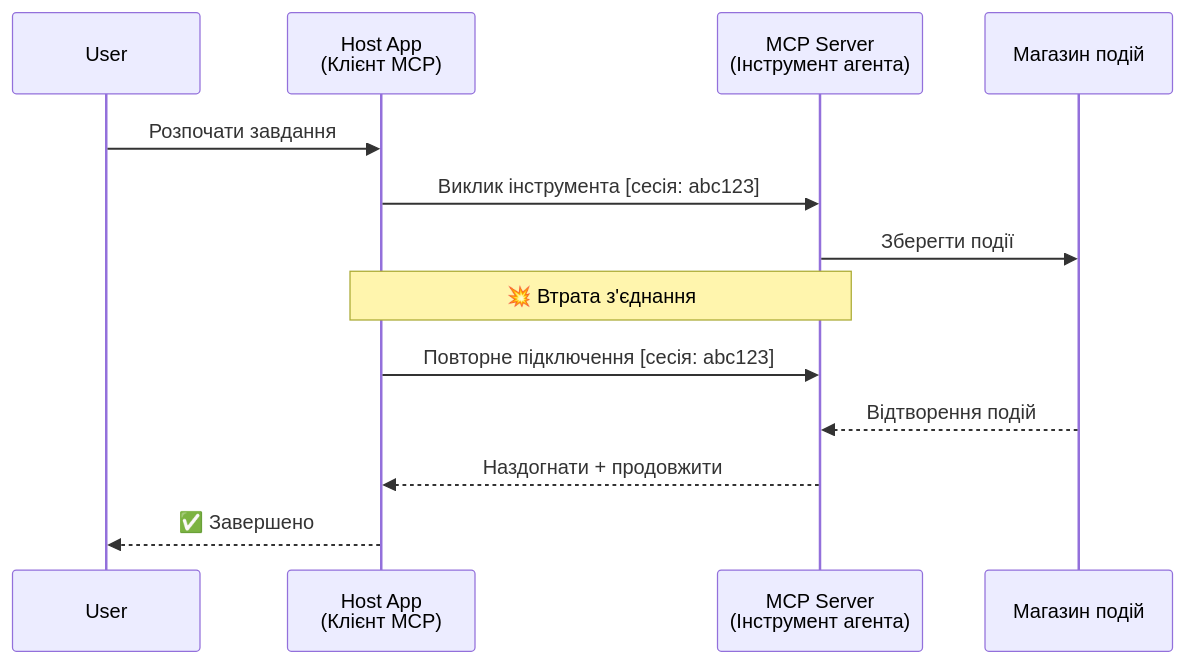
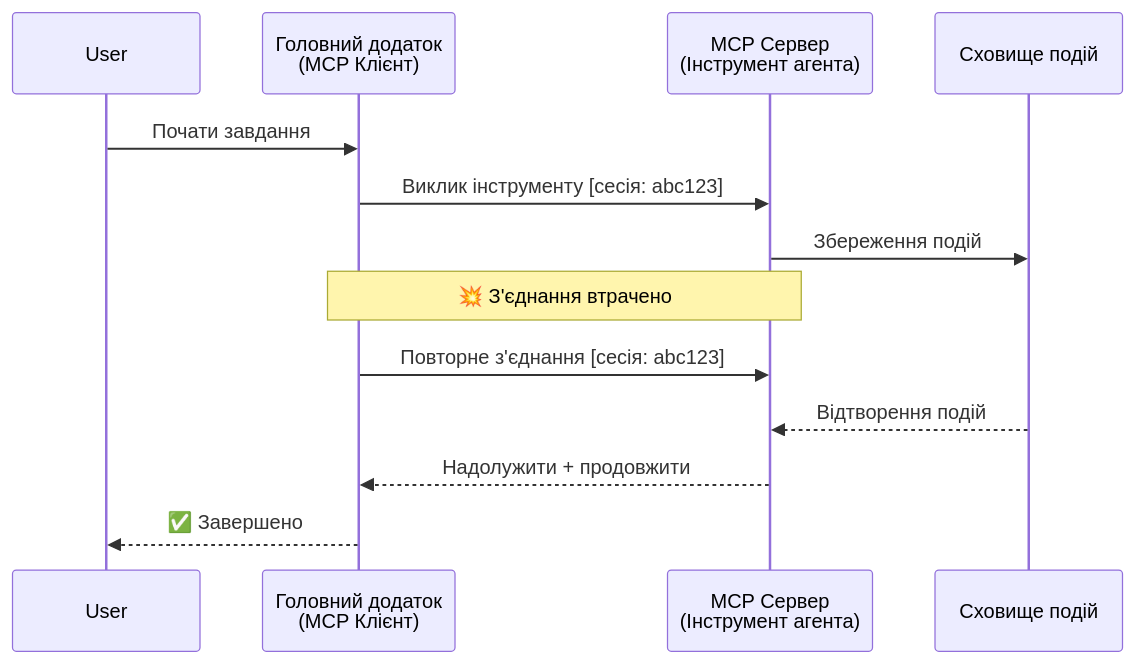
Before and after one commit to gabrielmoreira/agent-skills-mirror: the second of 5 diagrams in mirrors/repos/microsoft@ai-agents-for-beginners/translations/uk/11-agentic-protocols/code_samples/mcp-agents/README.md, drawn with Mermaid. The commit also changed other lines of this file and 4262 other files, not shown here.

````diff
--- a/mirrors/repos/microsoft@ai-agents-for-beginners/translations/uk/11-agentic-protocols/code_samples/mcp-agents/README.md
+++ b/mirrors/repos/microsoft@ai-agents-for-beginners/translations/uk/11-agentic-protocols/code_samples/mcp-agents/README.md
@@ -82,18 +82,18 @@
 ```mermaid
 sequenceDiagram
     participant User
-    participant Host as Host App<br/>(Клієнт MCP)
-    participant Server as MCP Server<br/>(Інструмент агента)
-    participant Store as Магазин подій
+    participant Host as Головний додаток<br/>(MCP Клієнт)
+    participant Server as MCP Сервер<br/>(Інструмент агента)
+    participant Store as Сховище подій
 
-    User->>Host: Розпочати завдання
-    Host->>Server: Виклик інструмента [сесія: abc123]
-    Server->>Store: Зберегти події
+    User->>Host: Почати завдання
+    Host->>Server: Виклик інструменту [сесія: abc123]
+    Server->>Store: Збереження подій
 
-    Note over Host,Server: 💥 Втрата з'єднання
+    Note over Host,Server: 💥 З'єднання втрачено
 
-    Host->>Server: Повторне підключення [сесія: abc123]
+    Host->>Server: Повторне з'єднання [сесія: abc123]
     Store-->>Server: Відтворення подій
-    Server-->>Host: Наздогнати + продовжити
+    Server-->>Host: Надолужити + продовжити
     Host-->>User: ✅ Завершено
 ```
````
